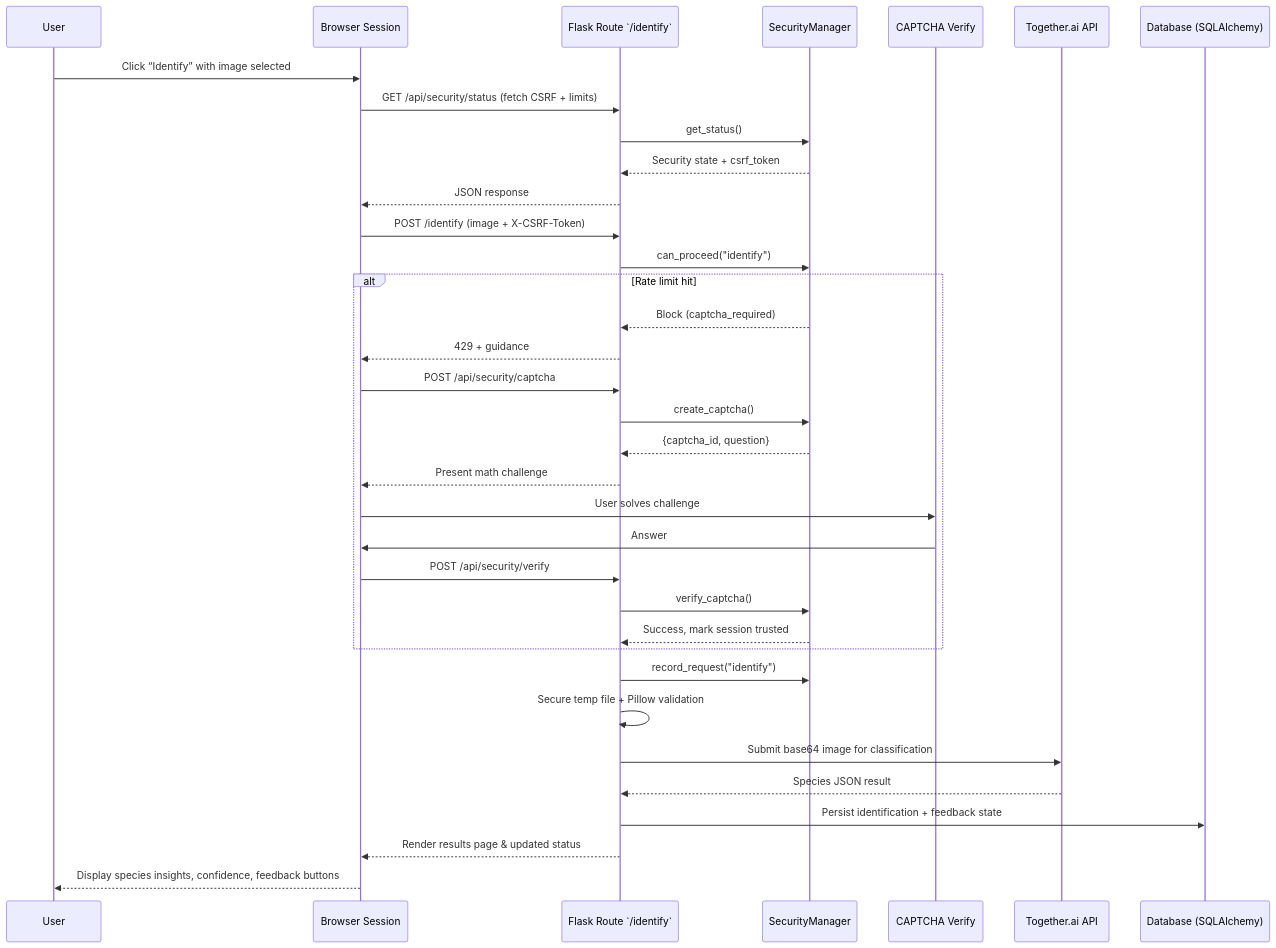
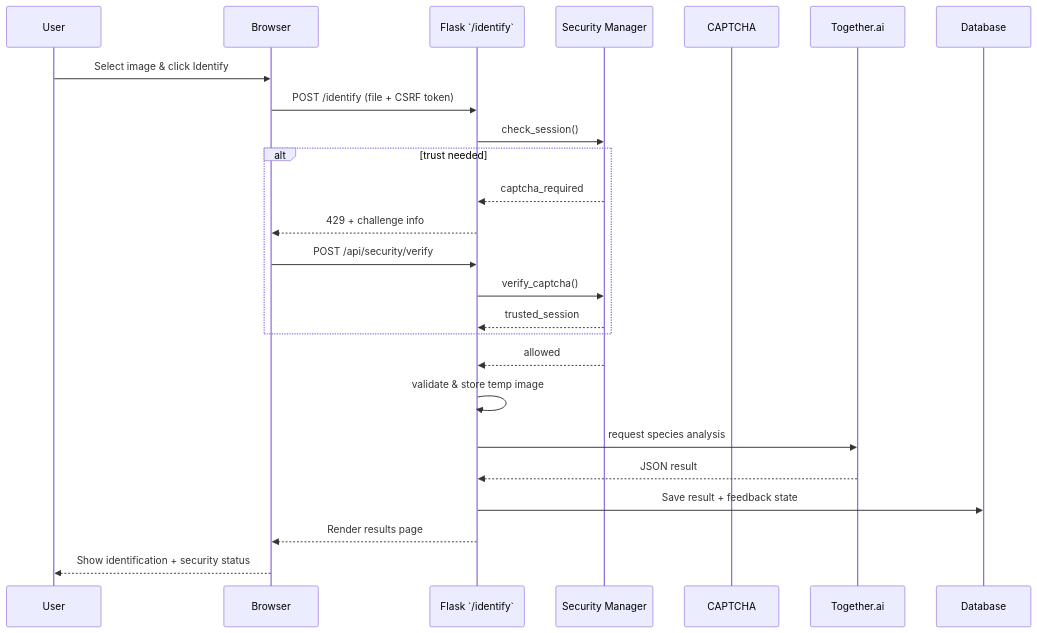
The diagram in docs/diagram_sources/security-flow.mmd (Red-Turtles/Proof-Of-Concept-Demo), drawn with Mermaid before and after one commit. The commit also changed 8 other files, not shown here.

First line of the commit message:
Refactor: Update diagrams and simplify security concepts

```diff
--- a/docs/diagram_sources/security-flow.mmd
+++ b/docs/diagram_sources/security-flow.mmd
@@ -1,39 +1,28 @@
 sequenceDiagram
-    participant U as User
-    participant B as Browser Session
-    participant F as Flask Route `/identify`
-    participant S as SecurityManager
-    participant C as CAPTCHA Verify
-    participant T as Together.ai API
-    participant D as Database (SQLAlchemy)
+    participant User
+    participant Browser
+    participant Flask as Flask `/identify`
+    participant Guard as Security Manager
+    participant Captcha as CAPTCHA
+    participant Together as Together.ai
+    participant DB as Database
 
-    U->>B: Click “Identify” with image selected
-    B->>F: GET /api/security/status (fetch CSRF + limits)
-    F->>S: get_status()
-    S-->>F: Security state + csrf_token
-    F-->>B: JSON response
+    User->>Browser: Select image & click Identify
+    Browser->>Flask: POST /identify (file + CSRF token)
+    Flask->>Guard: check_session()
 
-    B->>F: POST /identify (image + X-CSRF-Token)
-    F->>S: can_proceed("identify")
-
-    alt Rate limit hit
-        S-->>F: Block (captcha_required)
-        F-->>B: 429 + guidance
-        B->>F: POST /api/security/captcha
-        F->>S: create_captcha()
-        S-->>F: {captcha_id, question}
-        F-->>B: Present math challenge
-        B->>C: User solves challenge
-        C->>B: Answer
-        B->>F: POST /api/security/verify
-        F->>S: verify_captcha()
-        S-->>F: Success, mark session trusted
+    alt trust needed
+        Guard-->>Flask: captcha_required
+        Flask-->>Browser: 429 + challenge info
+        Browser->>Flask: POST /api/security/verify
+        Flask->>Guard: verify_captcha()
+        Guard-->>Flask: trusted_session
     end
 
-    F->>S: record_request("identify")
-    F->>F: Secure temp file + Pillow validation
-    F->>T: Submit base64 image for classification
-    T-->>F: Species JSON result
-    F->>D: Persist identification + feedback state
-    F-->>B: Render results page & updated status
-    B-->>U: Display species insights, confidence, feedback buttons
+    Guard-->>Flask: allowed
+    Flask->>Flask: validate & store temp image
+    Flask->>Together: request species analysis
+    Together-->>Flask: JSON result
+    Flask->>DB: Save result + feedback state
+    Flask-->>Browser: Render results page
+    Browser-->>User: Show identification + security status
```
